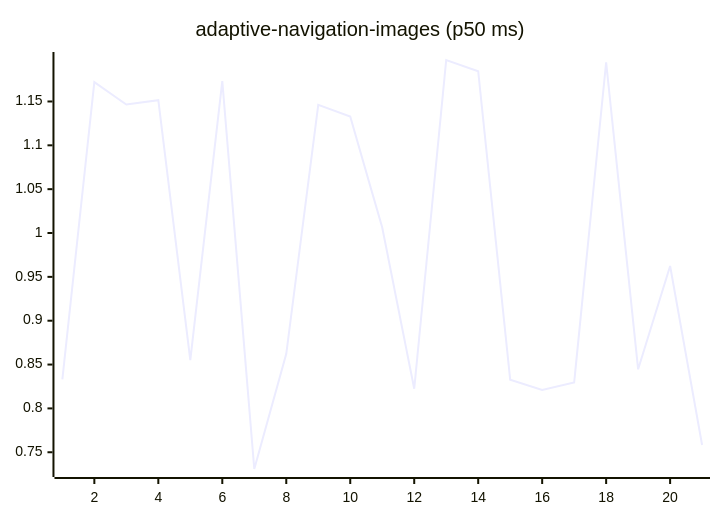
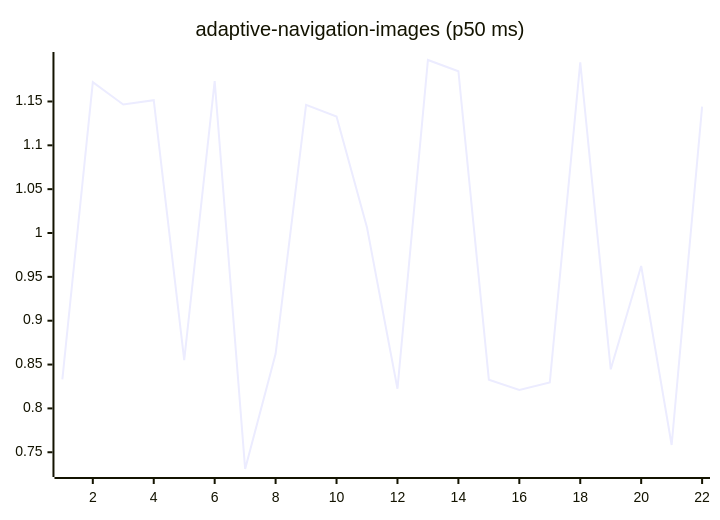
Before and after one commit to josha/Facet: the first of 27 diagrams in README.md, drawn with Mermaid. The commit also changed other lines of this file and 2 other files, not shown here.

````diff
--- a/README.md
+++ b/README.md
@@ -63,6 +63,6 @@
 ```mermaid
 xychart-beta
     title "adaptive-navigation-images (p50 ms)"
-    x-axis 1 --> 21
-    line [0.8330, 1.1721, 1.1465, 1.1515, 0.8551, 1.1733, 0.7309, 0.8622, 1.1462, 1.1328, 1.0062, 0.8224, 1.1973, 1.1845, 0.8328, 0.8211, 0.8295, 1.1947, 0.8446, 0.9624, 0.7583]
+    x-axis 1 --> 22
+    line [0.8330, 1.1721, 1.1465, 1.1515, 0.8551, 1.1733, 0.7309, 0.8622, 1.1462, 1.1328, 1.0062, 0.8224, 1.1973, 1.1845, 0.8328, 0.8211, 0.8295, 1.1947, 0.8446, 0.9624, 0.7583, 1.1441]
 ```
````
